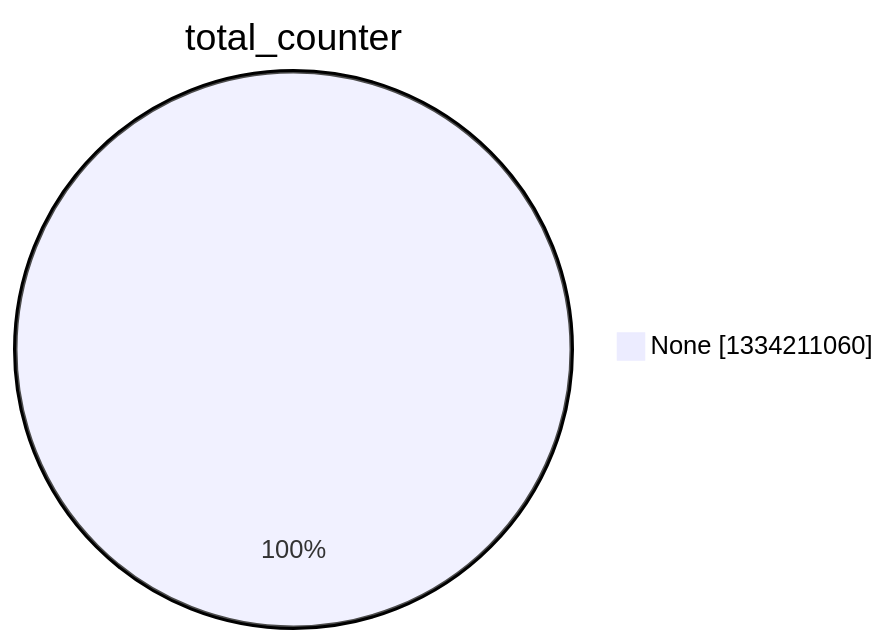
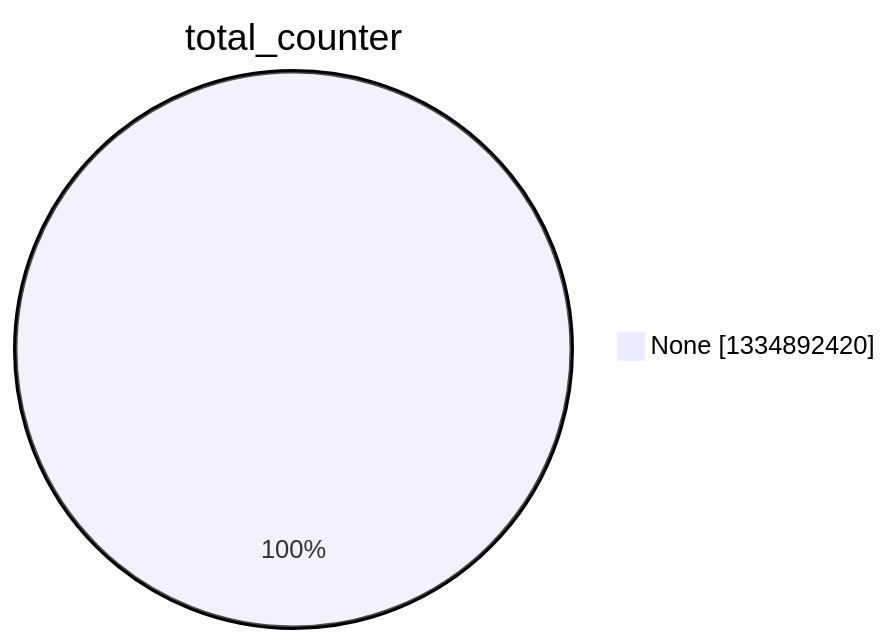
The second of 15 diagrams in argon2022/README.md (christiankrug/ctmonitor_visualization), drawn with Mermaid before and after one commit. The commit also changed other lines of this file, not shown here.

````diff
--- a/argon2022/README.md
+++ b/argon2022/README.md
@@ -9,5 +9,5 @@
 ```mermaid
 pie showData
 title total_counter
-"None" :1334211060
+"None" :1334892420
 ```
````
